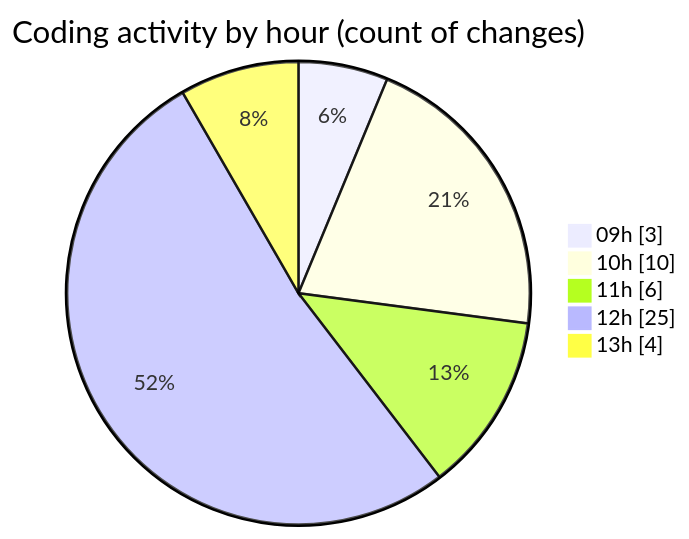
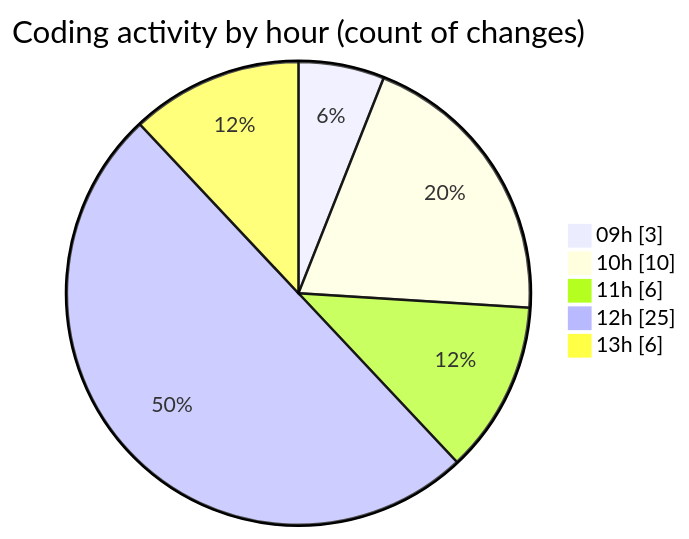
The second of 2 diagrams in 2026-01-26/cda/README.md (momahboobian/code-tracking), drawn with Mermaid before and after one commit. The commit also changed other lines of this file and 1 other file, not shown here.

````diff
--- a/2026-01-26/cda/README.md
+++ b/2026-01-26/cda/README.md
@@ -41,9 +41,9 @@
 ```mermaid
 pie showData
 title Coding activity by hour (count of changes)
 "09h" : 3
 "10h" : 10
 "11h" : 6
 "12h" : 25
-"13h" : 4
+"13h" : 6
 ```
````
